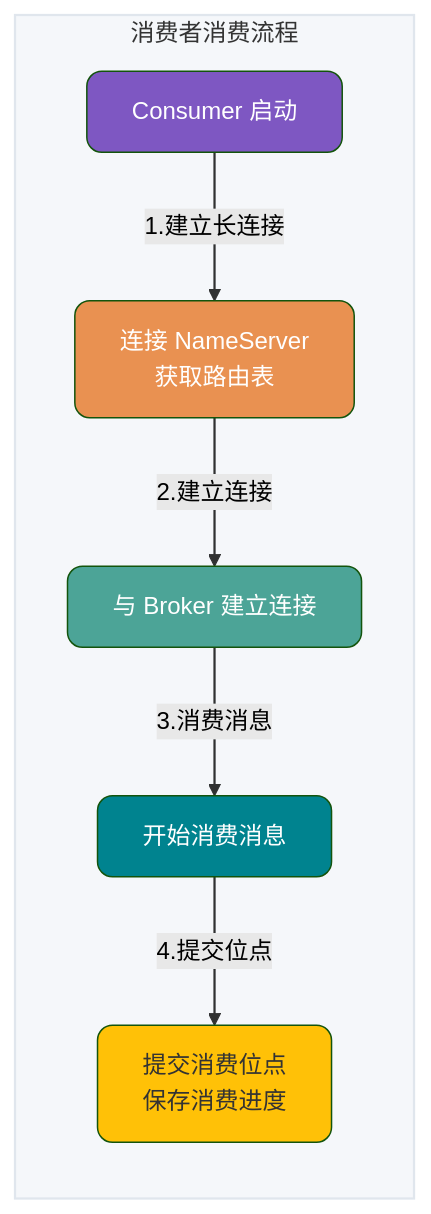
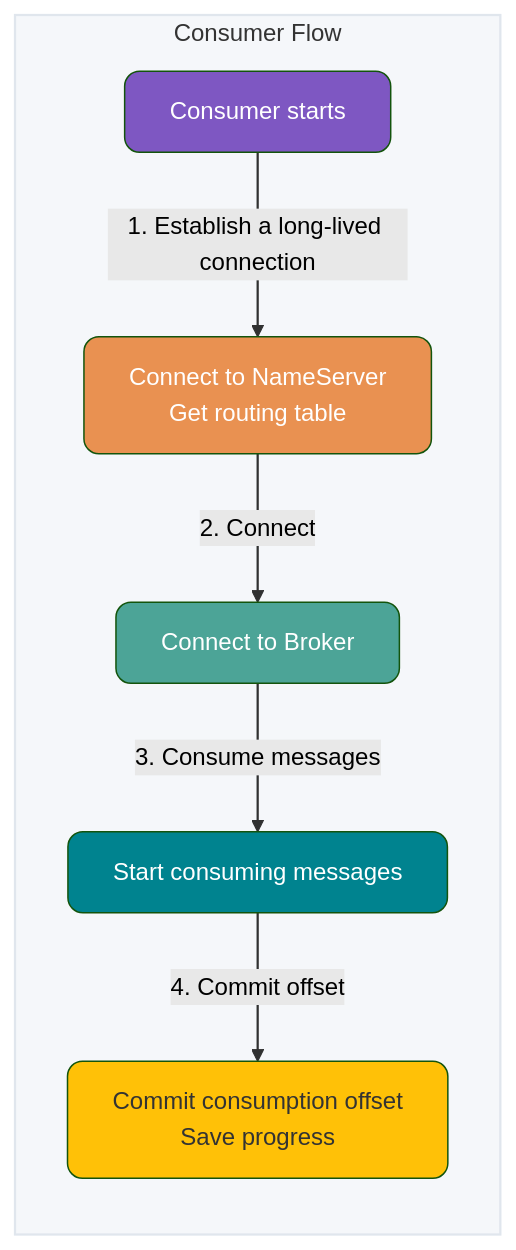
Before and after one commit to m3h3d1/JavaGuideEn: the eighth of 13 diagrams in docs/high-performance/message-queue/rocketmq-questions.md, drawn with Mermaid (forest theme). The commit also changed other lines of this file and 128 other files, not shown here.

````diff
--- a/docs/high-performance/message-queue/rocketmq-questions.md
+++ b/docs/high-performance/message-queue/rocketmq-questions.md
@@ -524,26 +524,26 @@
 ```mermaid
 flowchart TB
-    subgraph ConsumerFlow["消费者消费流程"]
+    subgraph ConsumerFlow["Consumer Flow"]
         direction TB
         style ConsumerFlow fill:#F5F7FA,stroke:#E0E6ED,stroke-width:1.5px
 
-        C["Consumer 启动"] -->|1.建立长连接| NS2["连接 NameServer<br/>获取路由表"]
-        NS2 -->|2.建立连接| BK2["与 Broker 建立连接"]
-        BK2 -->|3.消费消息| CONS["开始消费消息"]
-        CONS -->|4.提交位点| OFFSET["提交消费位点<br/>保存消费进度"]
+        C["Consumer starts"] -->|1. Establish a long-lived connection| NS2["Connect to NameServer<br/>Get routing table"]
+        NS2 -->|2. Connect| BK2["Connect to Broker"]
+        BK2 -->|3. Consume messages| CONS["Start consuming messages"]
+        CONS -->|4. Commit offset| OFFSET["Commit consumption offset<br/>Save progress"]
     end
 
     classDef consumer fill:#7E57C2,color:#fff,rx:10,ry:10
     classDef ns fill:#E99151,color:#fff,rx:10,ry:10
     classDef broker fill:#4CA497,color:#fff,rx:10,ry:10
     classDef consume fill:#00838F,color:#fff,rx:10,ry:10
     classDef offset fill:#FFC107,color:#333,rx:10,ry:10
 
     class C consumer
     class NS2 ns
     class BK2 broker
     class CONS consume
     class OFFSET offset
 
     linkStyle default stroke-width:1.5px,opacity:0.8
 ```
````
